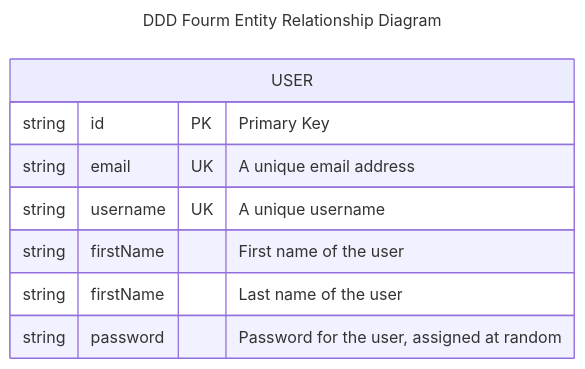
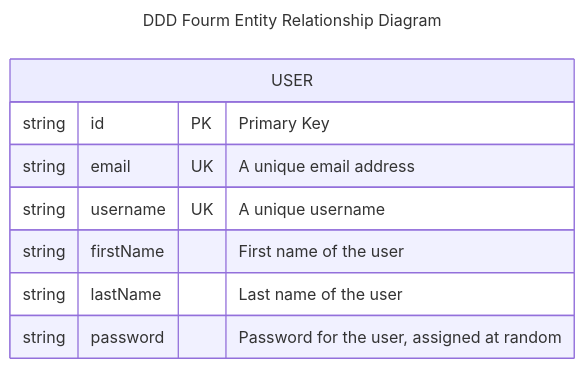
Before and after one commit to suddenlyGiovanni/DDDForum: the diagram in backend/src/database/entity-relationship-diagram.md, drawn with Mermaid.

Commit message:
fix: correct duplicate attribute name in `entity-relationship-diagram.md`
- Renamed the duplicated `firstName` attribute to `lastName` for accurate attribute representation.

````diff
--- a/backend/src/database/entity-relationship-diagram.md
+++ b/backend/src/database/entity-relationship-diagram.md
@@ -1,16 +1,16 @@
 ```mermaid
 ---
 title: DDD Fourm Entity Relationship Diagram
 ---
 erDiagram
     USER {
         string id PK "Primary Key"
         string email UK "A unique email address"
         string username UK "A unique username"
         string firstName "First name of the user"
-        string firstName "Last name of the user"
+        string lastName "Last name of the user"
         string password "Password for the user, assigned at random"
     } 
     
 
 ```
````
